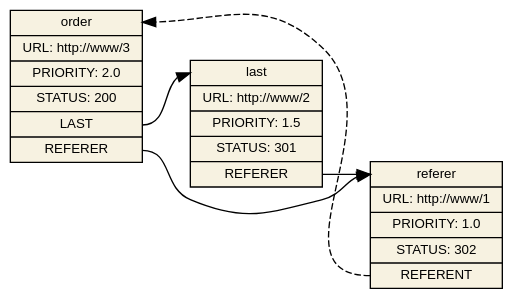
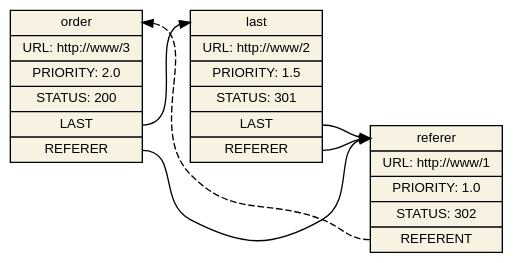
The diagram in www/_dot/redirect_orders_2.dot (dekellum/iudex), drawn with Graphviz before and after one commit. The commit also changed 6 other files, not shown here.

```diff
--- a/www/_dot/redirect_orders_2.dot
+++ b/www/_dot/redirect_orders_2.dot
@@ -1,20 +1,22 @@
 digraph "iudex-gems" {
   rankdir=LR;
   bgcolor="transparent";
+  edge [ arrowsize=0.80 ];
   node [ shape=box, style="filled", fillcolor="#f7f2e1", fontsize=10, fontname=Arial ];
 
   order        [ shape=record,
                  label="<t>order|URL: http://www/3|PRIORITY: 2.0|STATUS: 200|<l>LAST|<rf>REFERER" ];
 
   last         [ shape=record,
-                 label="<t>last|URL: http://www/2|PRIORITY: 1.5|STATUS: 301|<rf>REFERER" ];
+                 label="<t>last|URL: http://www/2|PRIORITY: 1.5|STATUS: 301|<l>LAST|<rf>REFERER" ];
 
   referer      [ shape=record,
                  label="<t>referer|URL: http://www/1|PRIORITY: 1.0|STATUS: 302|<rt>REFERENT" ];
 
   order:rf   -> referer:t;
-  referer:rt -> order:t [ style=dashed ];
+  order:t    -> referer:rt [ dir=back, style=dashed ];
 
-  order:l    -> last:t;
+  order:l    -> last:t [ weight=2 ];
   last:rf    -> referer:t;
+  last:l     -> referer:t;
 }
```
